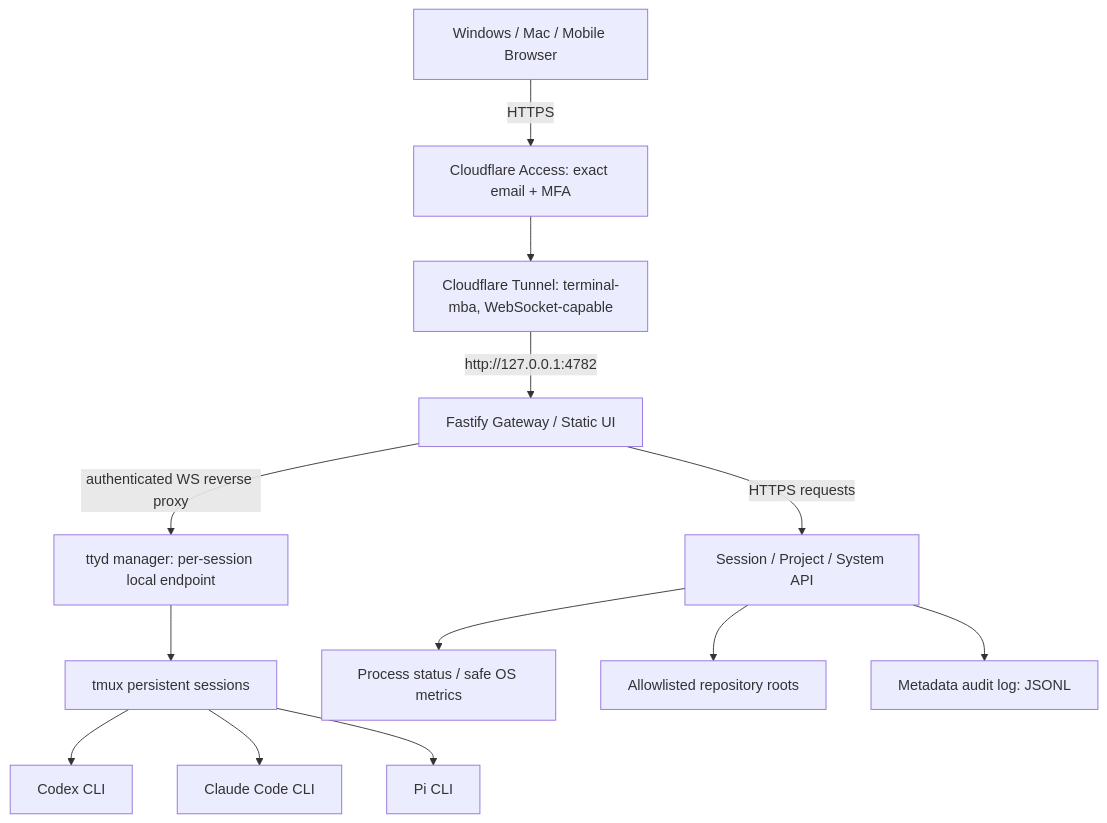
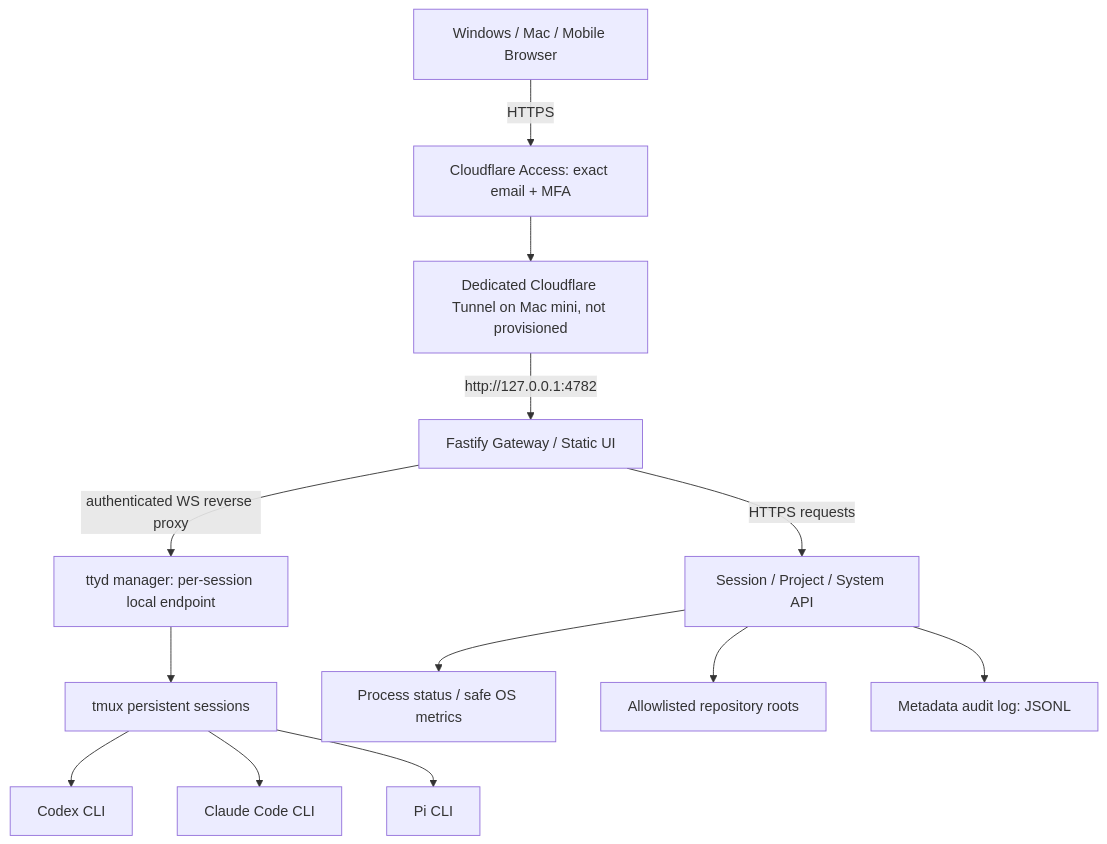
Before and after one commit to yapweijun1996/Mac-AI-Terminal-Hub: the diagram in docs/ARCHITECTURE.md, drawn with Mermaid. The commit also changed other lines of this file and 51 other files, not shown here.

First line of the commit message:
feat: integrate local Terminal Hub gateway and web MVP

````diff
--- a/docs/ARCHITECTURE.md
+++ b/docs/ARCHITECTURE.md
@@ -30,15 +30,15 @@
 ```mermaid
 flowchart TD
   B[Windows / Mac / Mobile Browser] -->|HTTPS| A[Cloudflare Access: exact email + MFA]
-  A --> T[Cloudflare Tunnel: terminal-mba, WebSocket-capable]
+  A --> T[Dedicated Cloudflare Tunnel on Mac mini, not provisioned]
   T -->|http://127.0.0.1:4782| G[Fastify Gateway / Static UI]
   G -->|HTTPS requests| API[Session / Project / System API]
   G -->|authenticated WS reverse proxy| W[ttyd manager: per-session local endpoint]
   W --> P[tmux persistent sessions]
   P --> C[Codex CLI]
   P --> CL[Claude Code CLI]
   P --> PI[Pi CLI]
   API --> M[Process status / safe OS metrics]
   API --> F[Allowlisted repository roots]
   API --> L[Metadata audit log: JSONL]
 ```
````
